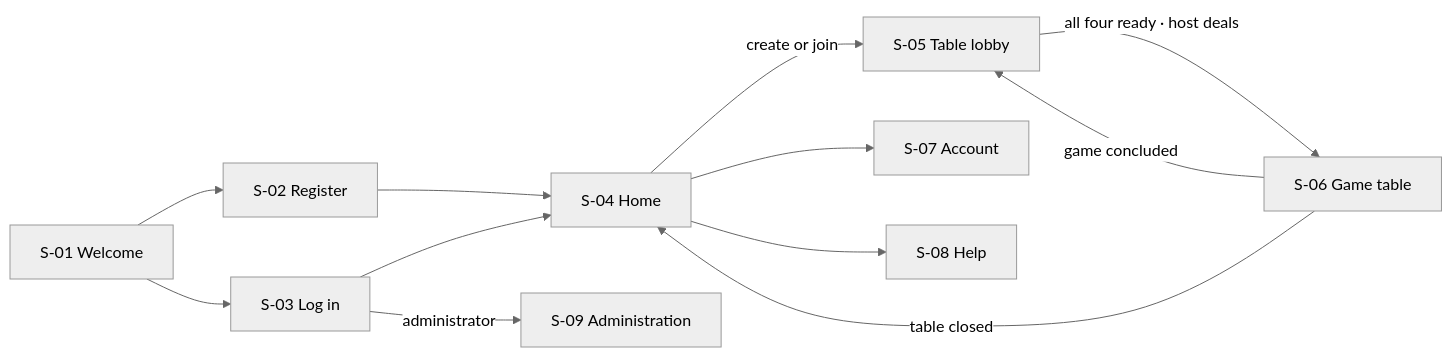
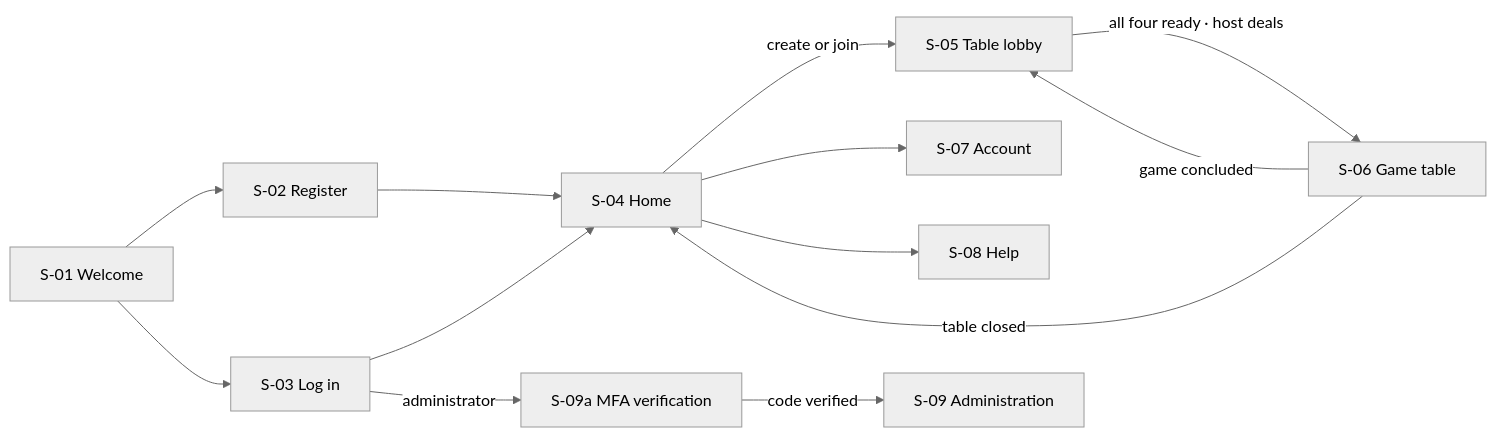
Before and after one commit to ksaday/Mahjong-Dealer: the diagram in docs/32_UX/Screen_Inventory.md, drawn with Mermaid (neutral theme). The commit also changed other lines of this file and 43 other files, not shown here.

````diff
--- a/docs/32_UX/Screen_Inventory.md
+++ b/docs/32_UX/Screen_Inventory.md
@@ -36,14 +36,15 @@
 ```mermaid
 flowchart LR
     S01["S-01 Welcome"] --> S02["S-02 Register"]
     S01 --> S03["S-03 Log in"]
     S02 --> S04["S-04 Home"]
     S03 --> S04
     S04 -->|"create or join"| S05["S-05 Table lobby"]
     S05 -->|"all four ready · host deals"| S06["S-06 Game table"]
     S06 -->|"game concluded"| S05
     S06 -->|"table closed"| S04
     S04 --> S07["S-07 Account"]
     S04 --> S08["S-08 Help"]
-    S03 -->|administrator| S09["S-09 Administration"]
+    S03 -->|administrator| S09a["S-09a MFA verification"]
+    S09a -->|code verified| S09["S-09 Administration"]
 ```
````
